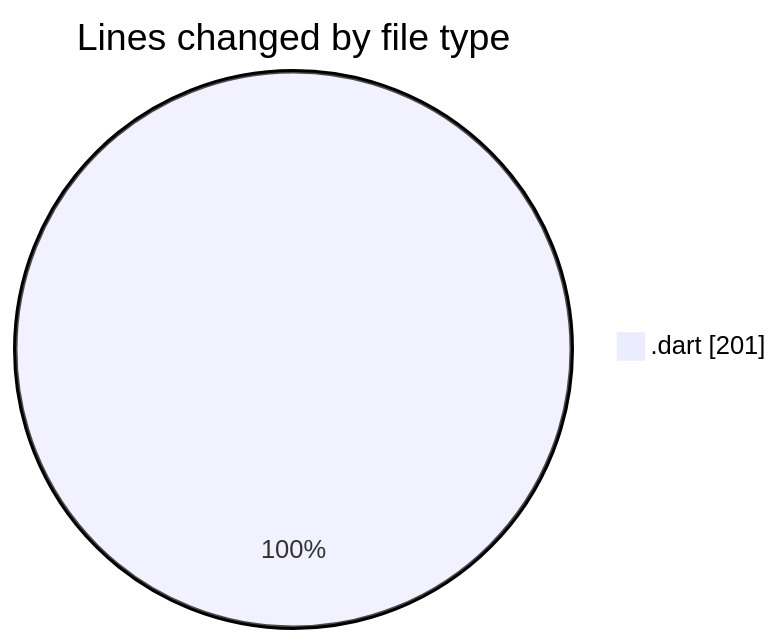
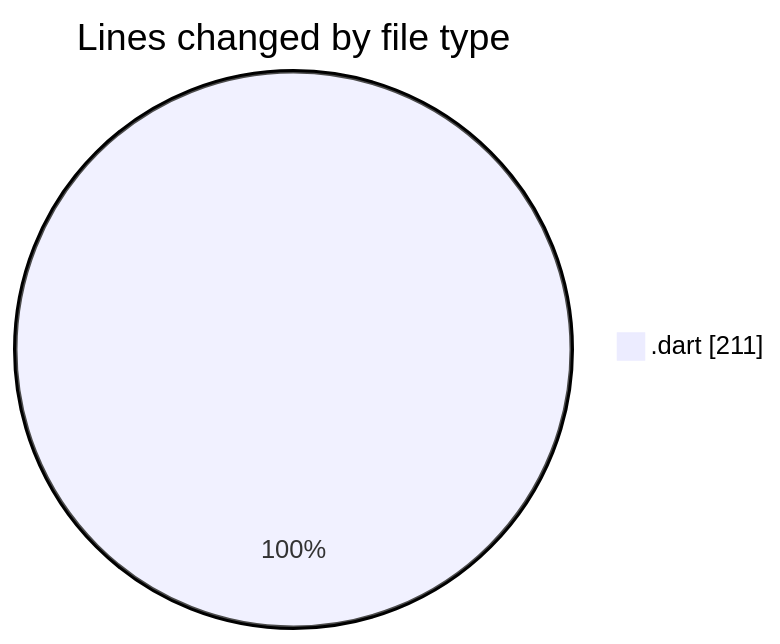
The first of 2 diagrams in 2025-02-26/drivers_app/README.md (donsfak/code-tracking), drawn with Mermaid before and after one commit. The commit also changed other lines of this file and 1 other file, not shown here.

````diff
--- a/2025-02-26/drivers_app/README.md
+++ b/2025-02-26/drivers_app/README.md
@@ -25,5 +25,5 @@
 ```mermaid
 pie showData
 title Lines changed by file type
-".dart" : 201
+".dart" : 211
 ```
````
